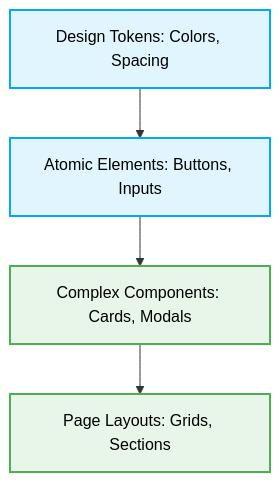
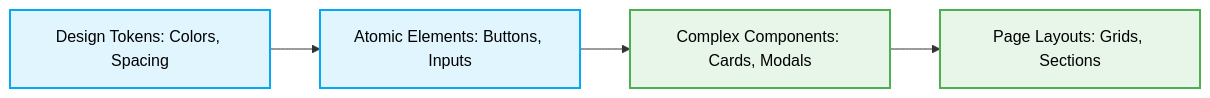
Before and after one commit to beginwebdev2002/best-practise: the diagram in frontend/design-ui/component-architecture.md, drawn with Mermaid. The commit also changed other lines of this file and 4 other files, not shown here.

````diff
--- a/frontend/design-ui/component-architecture.md
+++ b/frontend/design-ui/component-architecture.md
@@ -42,14 +42,14 @@
 ```mermaid
-graph TD
+graph LR
     Tokens[Design Tokens: Colors, Spacing] --> Elements[Atomic Elements: Buttons, Inputs]
     Elements --> Components[Complex Components: Cards, Modals]
     Components --> Layouts[Page Layouts: Grids, Sections]
 
     %% Added Design Token Styles for Mermaid Diagrams
     classDef default fill:#e1f5fe,stroke:#03a9f4,stroke-width:2px,color:#000;
     classDef component fill:#e8f5e9,stroke:#4caf50,stroke-width:2px,color:#000;
     class Tokens default;
     class Elements default;
     class Components component;
     class Layouts component;
 ```
````
